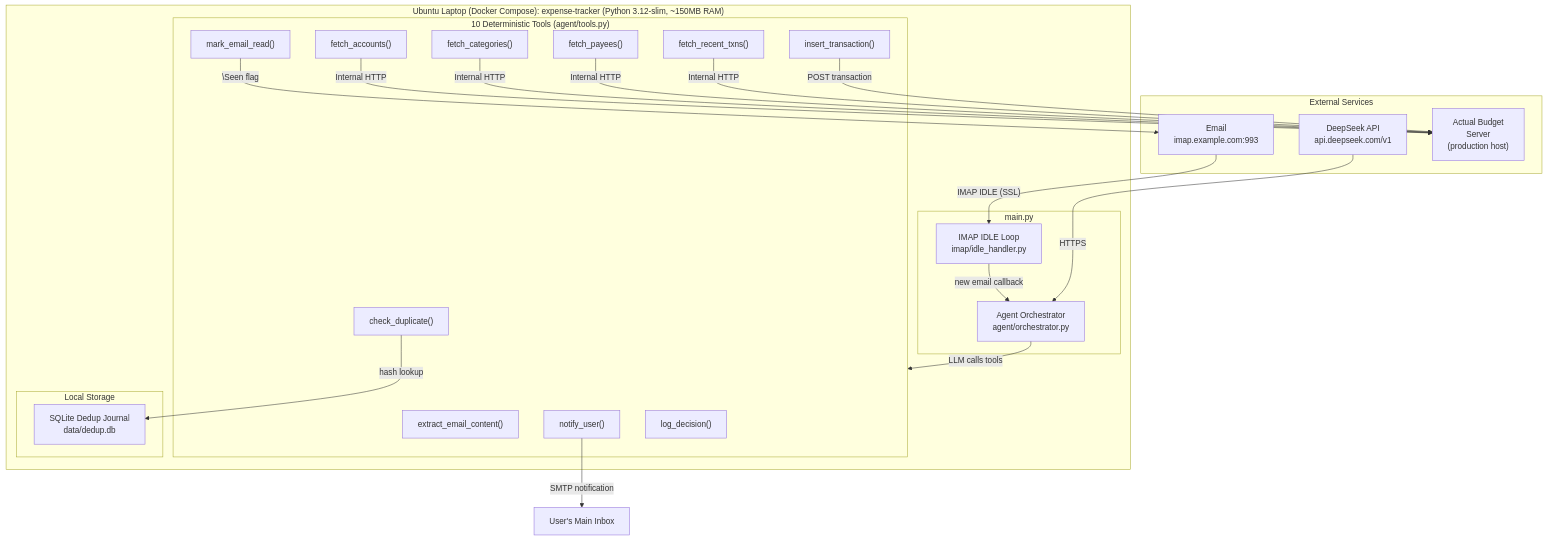
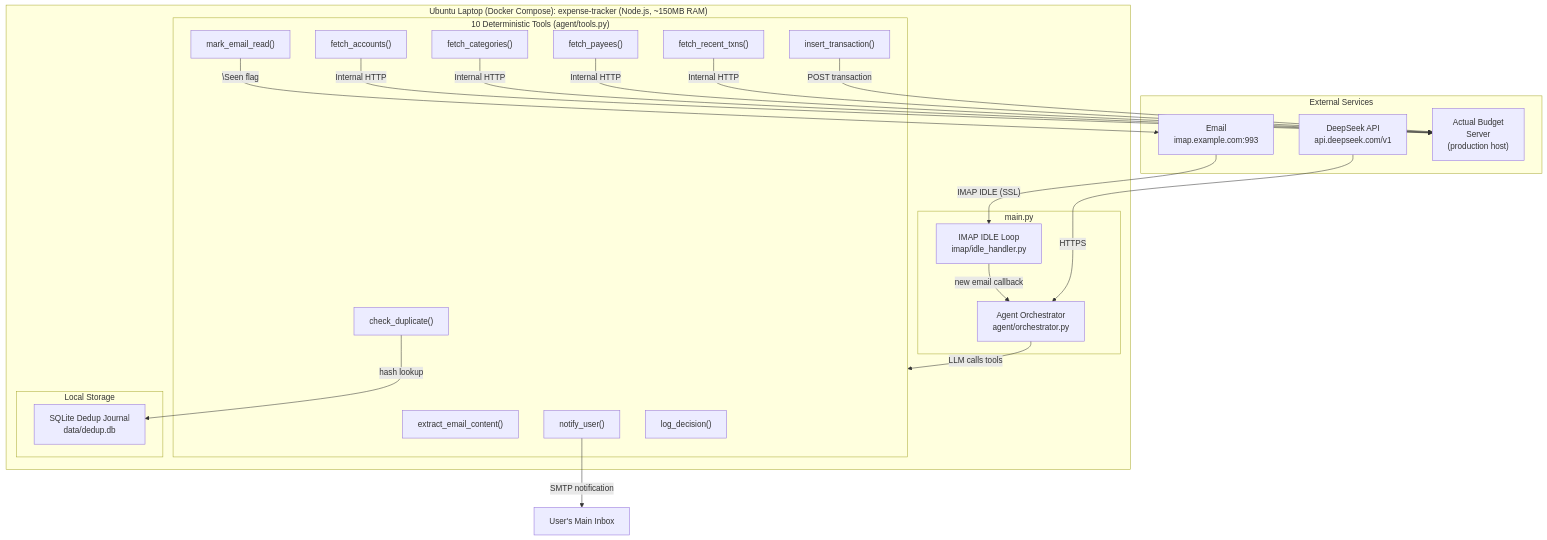
One commit to darrencjh8/darren-openclaw changed the first of 10 diagrams in design.md. Above: the diagram before and after it, drawn with Mermaid. The commit also changed other lines of this file and 10 other files, not shown here.

````diff
--- a/design.md
+++ b/design.md
@@ -124,43 +125,43 @@
 ```mermaid
 graph TB
     subgraph External["External Services"]
         EmailSvc["Email<br/>imap.example.com:993"]
         DeepSeek["DeepSeek API<br/>api.deepseek.com/v1"]
          AB["Actual Budget<br/>Server<br/>(production host)"]
     end
 
-    subgraph OpenClaw["Ubuntu Laptop (Docker Compose): expense-tracker (Python 3.12-slim, ~150MB RAM)"]
+    subgraph OpenClaw["Ubuntu Laptop (Docker Compose): expense-tracker (Node.js, ~150MB RAM)"]
         subgraph Main["main.py"]
             IMAP["IMAP IDLE Loop<br/>imap/idle_handler.py"]
             Orch["Agent Orchestrator<br/>agent/orchestrator.py"]
             IMAP -->|"new email callback"| Orch
         end
 
         subgraph Tools["10 Deterministic Tools (agent/tools.py)"]
             T1["extract_email_content()"]
             T2["fetch_accounts()"]
             T3["fetch_categories()"]
             T4["fetch_payees()"]
             T5["fetch_recent_txns()"]
             T6["insert_transaction()"]
             T7["check_duplicate()"]
             T8["mark_email_read()"]
             T9["notify_user()"]
             T10["log_decision()"]
         end
 
         Orch -->|"LLM calls tools"| Tools
 
         subgraph Storage["Local Storage"]
             SQLite["SQLite Dedup Journal<br/>data/dedup.db"]
         end
     end
 
     EmailSvc -->|"IMAP IDLE (SSL)"| IMAP
     DeepSeek -->|"HTTPS"| Orch
     T2 & T3 & T4 & T5 -->|"Internal HTTP"| AB
     T6 -->|"POST transaction"| AB
     T7 -->|"hash lookup"| SQLite
     T8 -->|"\Seen flag"| EmailSvc
     T9 -->|"SMTP notification"| User["User's Main Inbox"]
 ```
````
